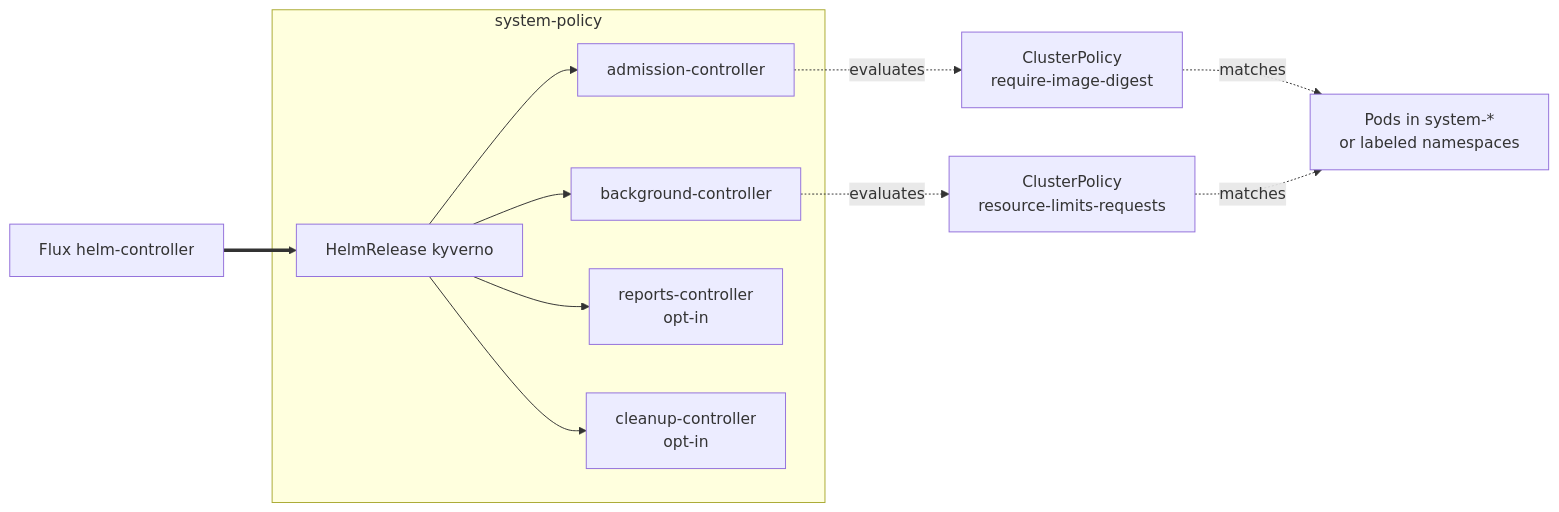
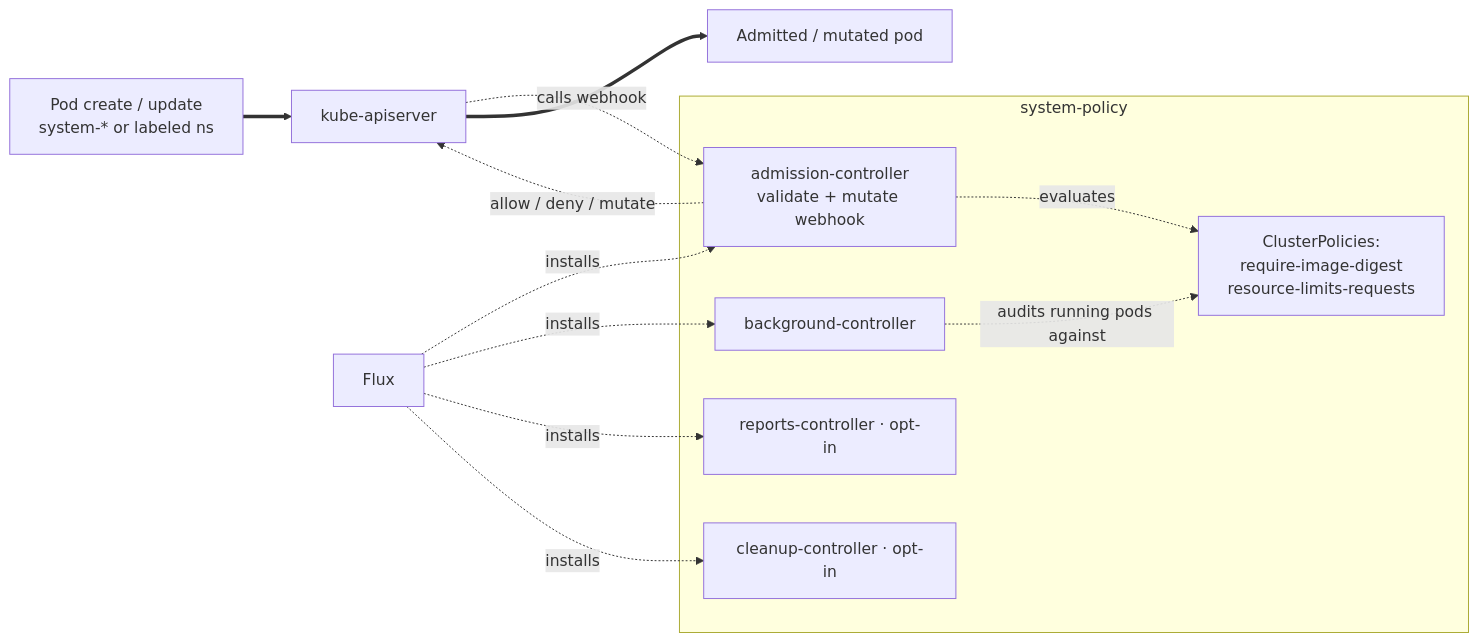
One commit to windsorcli/core changed the diagram in kustomize/policy/README.md. Above: the diagram before and after it, drawn with Mermaid. The commit also changed 1 other file, not shown here.

Commit message:
docs: update architecture diagrams in database and policy README files

````diff
--- a/kustomize/policy/README.md
+++ b/kustomize/policy/README.md
@@ -23,23 +23,22 @@
 ```mermaid
 flowchart LR
-  flux[Flux helm-controller]
+  req[Pod create / update<br/>system-* or labeled ns]
+  api[kube-apiserver]
+  pod[Admitted / mutated pod]
 
   subgraph systempolicy[system-policy]
-    kyverno_hr[HelmRelease kyverno]
-    admission[admission-controller]
+    admission[admission-controller<br/>validate + mutate webhook]
     background[background-controller]
-    reports[reports-controller<br/>opt-in]
-    cleanup[cleanup-controller<br/>opt-in]
+    reports[reports-controller · opt-in]
+    cleanup[cleanup-controller · opt-in]
+    policies[ClusterPolicies:<br/>require-image-digest<br/>resource-limits-requests]
   end
 
-  cp_limits[ClusterPolicy<br/>resource-limits-requests]
-  cp_digest[ClusterPolicy<br/>require-image-digest]
-  pods[Pods in system-*<br/>or labeled namespaces]
-
-  flux ==> kyverno_hr
-  kyverno_hr --> admission & background & reports & cleanup
-  admission -.evaluates.-> cp_digest
-  background -.evaluates.-> cp_limits
-  cp_digest -.matches.-> pods
-  cp_limits -.matches.-> pods
+  req ==> api
+  api -. calls webhook .-> admission
+  admission -. evaluates .-> policies
+  admission -. allow / deny / mutate .-> api
+  api ==> pod
+  background -. audits running pods against .-> policies
+  flux[Flux] -. installs .-> admission & background & reports & cleanup
 ```
````
